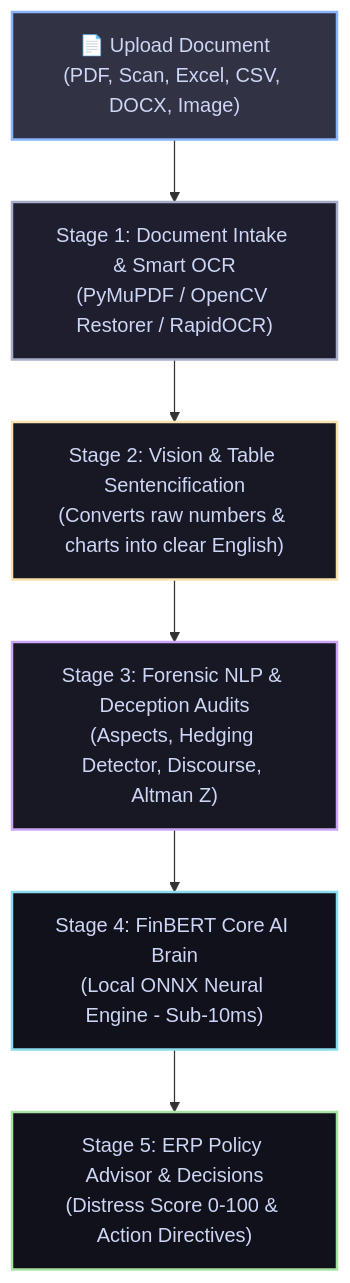
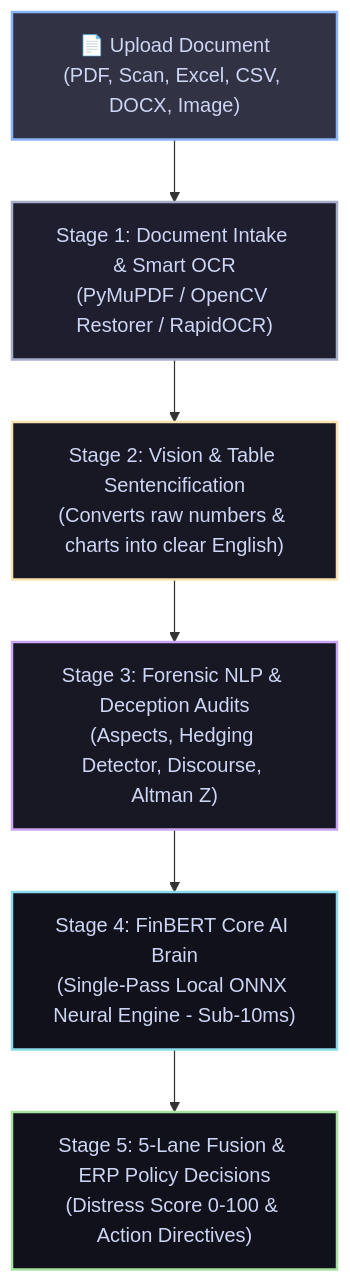
Before and after one commit to Humble-Librarian/Virdixt: the first of 4 diagrams in ARCHITECTURE_WALKTHROUGH.md, drawn with Mermaid. The commit also changed other lines of this file and 1 other file, not shown here.

Commit message:
docs: update README and architecture walkthrough with Web UI, 5-lane fusion, and single-pass FinBERT

````diff
--- a/ARCHITECTURE_WALKTHROUGH.md
+++ b/ARCHITECTURE_WALKTHROUGH.md
@@ -17,15 +17,15 @@
 ```mermaid
 flowchart TD
     A["📄 Upload Document\n(PDF, Scan, Excel, CSV, DOCX, Image)"] --> S1["Stage 1: Document Intake & Smart OCR\n(PyMuPDF / OpenCV Restorer / RapidOCR)"]
     S1 --> S2["Stage 2: Vision & Table Sentencification\n(Converts raw numbers & charts into clear English)"]
     S2 --> S3["Stage 3: Forensic NLP & Deception Audits\n(Aspects, Hedging Detector, Discourse, Altman Z)"]
-    S3 --> S4["Stage 4: FinBERT Core AI Brain\n(Local ONNX Neural Engine - Sub-10ms)"]
-    S4 --> S5["Stage 5: ERP Policy Advisor & Decisions\n(Distress Score 0-100 & Action Directives)"]
+    S3 --> S4["Stage 4: FinBERT Core AI Brain\n(Single-Pass Local ONNX Neural Engine - Sub-10ms)"]
+    S4 --> S5["Stage 5: 5-Lane Fusion & ERP Policy Decisions\n(Distress Score 0-100 & Action Directives)"]
 
     style A fill:#313244,stroke:#89b4fa,stroke-width:2px,color:#cdd6f4
     style S1 fill:#1e1e2e,stroke:#a6adc8,stroke-width:2px,color:#cdd6f4
     style S2 fill:#181825,stroke:#f9e2af,stroke-width:2px,color:#cdd6f4
     style S3 fill:#181825,stroke:#cba6f7,stroke-width:2px,color:#cdd6f4
     style S4 fill:#11111b,stroke:#89dceb,stroke-width:2px,color:#cdd6f4
     style S5 fill:#11111b,stroke:#a6e3a1,stroke-width:2px,color:#cdd6f4
 ```
````
